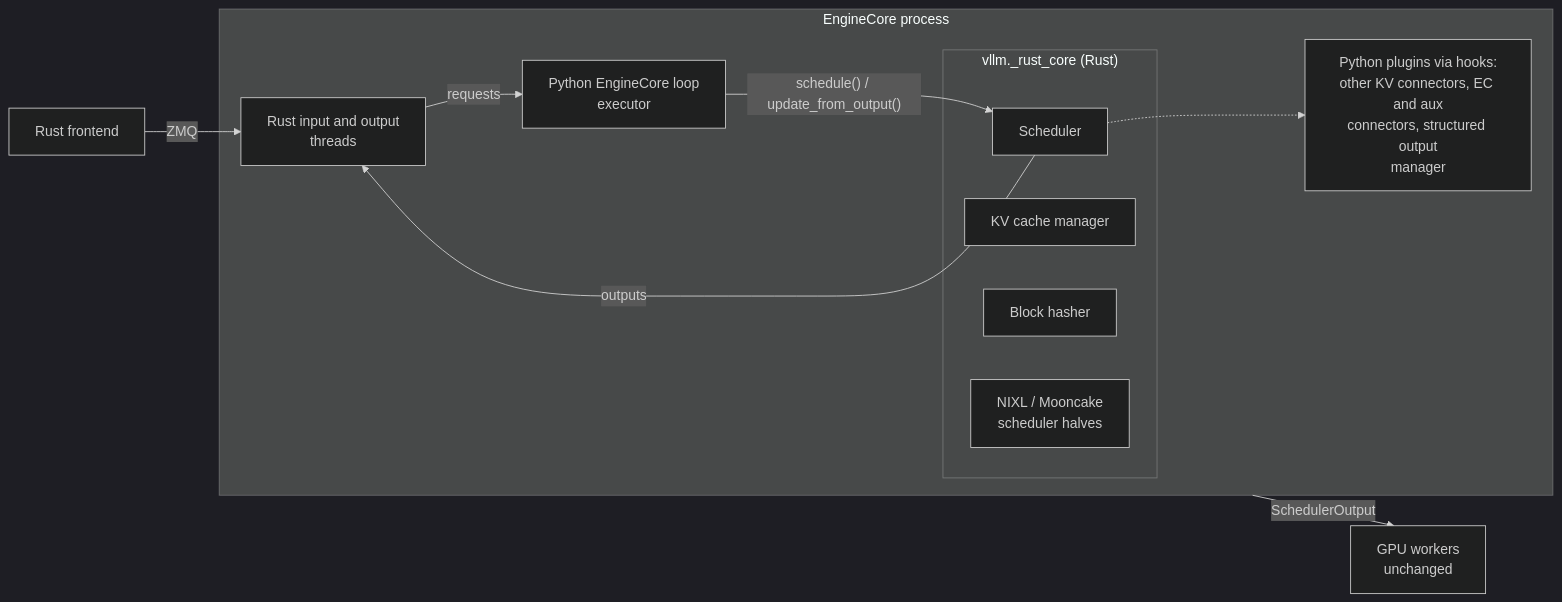
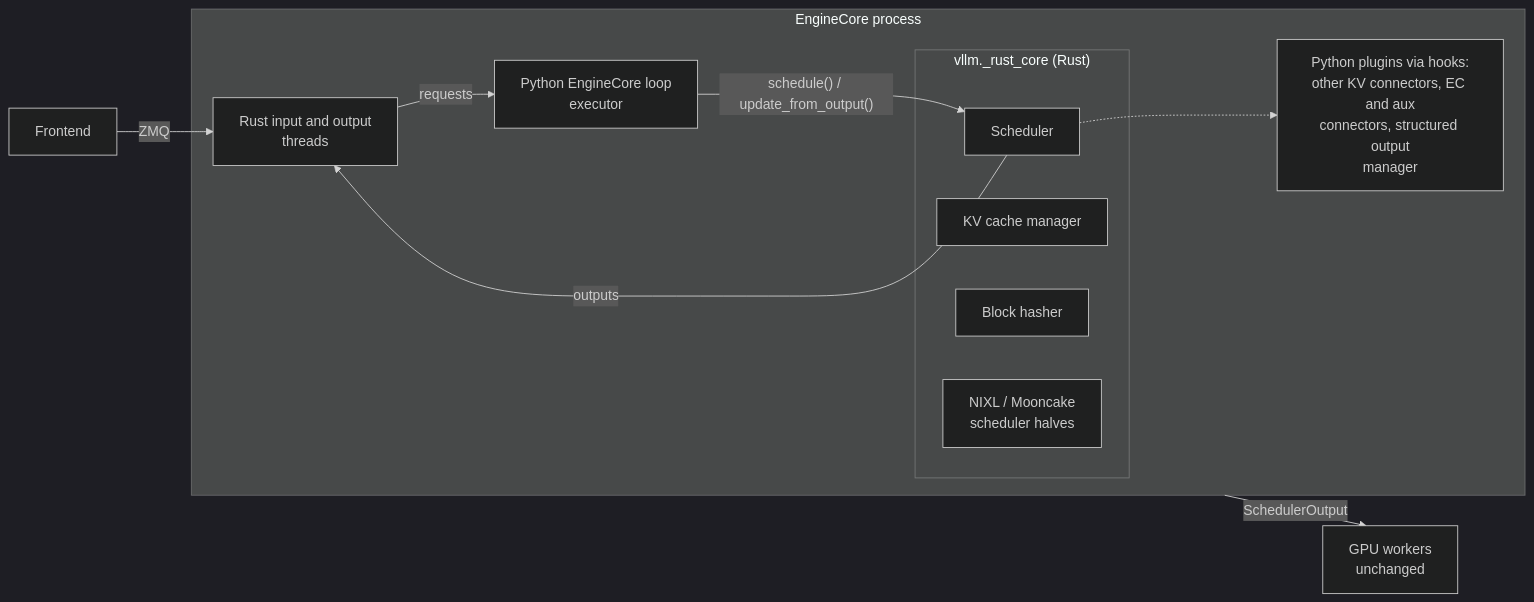
The diagram in docs/design/rust_engine_core.md (vllm-project/vllm), drawn with Mermaid (dark theme) before and after one commit. The commit also changed other lines of this file and 12 other files, not shown here.

````diff
--- a/docs/design/rust_engine_core.md
+++ b/docs/design/rust_engine_core.md
@@ -59,20 +58,20 @@
 ```mermaid
 flowchart LR
-    FE[Rust frontend] -- ZMQ --> IO
+    FE[Frontend] -- ZMQ --> IO
     subgraph EC[EngineCore process]
         Loop[Python EngineCore loop<br/>executor]
         IO[Rust input and output<br/>threads]
         subgraph RC["vllm._rust_core (Rust)"]
             Sched[Scheduler]
             KV[KV cache manager]
             Hash[Block hasher]
             Conn[NIXL / Mooncake<br/>scheduler halves]
         end
         Hooks[Python plugins via hooks:<br/>other KV connectors, EC and aux<br/>connectors, structured output<br/>manager]
         IO -- requests --> Loop
         Loop -- "schedule() / update_from_output()" --> Sched
         Sched -- outputs --> IO
         Sched -.-> Hooks
     end
     EC -- SchedulerOutput --> W[GPU workers<br/>unchanged]
 ```
````
